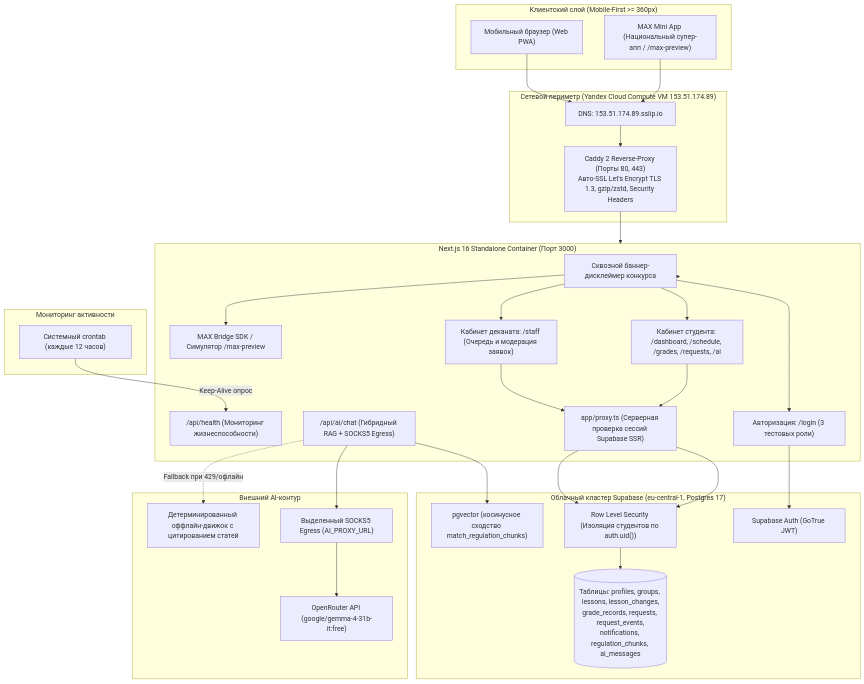
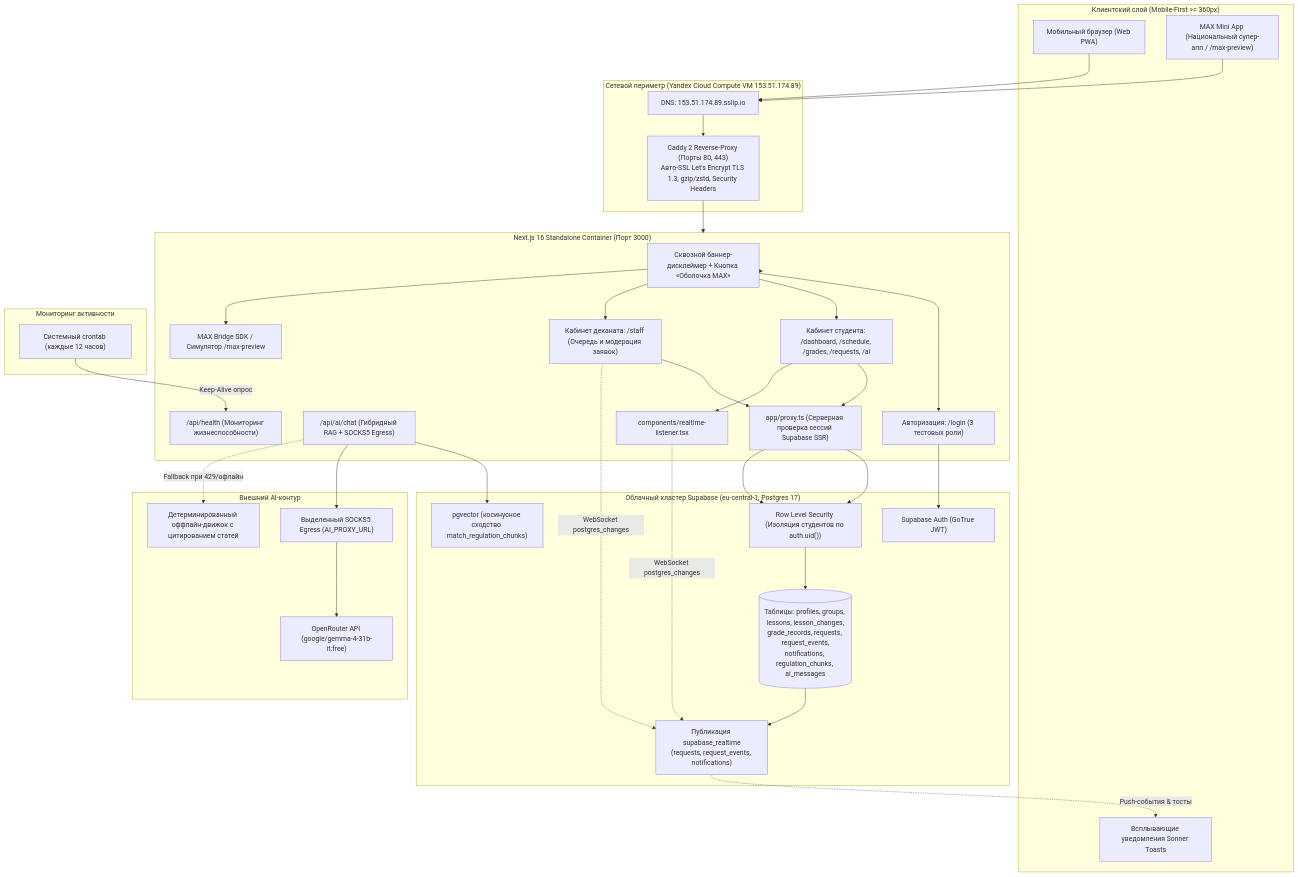
Before and after one commit to Nek1yZakhar/dekanat: the diagram in docs/ARCHITECTURE.md, drawn with Mermaid. The commit also changed other lines of this file and 25 other files, not shown here.

Commit message:
feat(realtime,max): внедрение Supabase Realtime сокетов, тостов Sonner и симулятора MAX Mini App Dual-Mode (TICKET-03, TICKET-04)

````diff
--- a/docs/ARCHITECTURE.md
+++ b/docs/ARCHITECTURE.md
@@ -5,62 +5,71 @@
 ```mermaid
 graph TD
   subgraph Clients["Клиентский слой (Mobile-First >= 360px)"]
     W["Мобильный браузер (Web PWA)"]
     MAX["MAX Mini App (Национальный супер-апп / /max-preview)"]
+    SONNER["Всплывающие уведомления Sonner Toasts"]
   end
 
   subgraph Ingress["Сетевой периметр (Yandex Cloud Compute VM 153.51.174.89)"]
     DNS["DNS: 153.51.174.89.sslip.io"]
     CADDY["Caddy 2 Reverse-Proxy (Порты 80, 443)<br/>Авто-SSL Let's Encrypt TLS 1.3, gzip/zstd, Security Headers"]
   end
 
   subgraph NextApp["Next.js 16 Standalone Container (Порт 3000)"]
-    DISC["Сквозной баннер-дисклеймер конкурса"]
+    DISC["Сквозной баннер-дисклеймер + Кнопка «Оболочка MAX»"]
     AUTH["Авторизация: /login (3 тестовых роли)"]
     STUDENT["Кабинет студента: /dashboard, /schedule, /grades, /requests, /ai"]
     STAFF["Кабинет деканата: /staff (Очередь и модерация заявок)"]
     MAX_BRIDGE["MAX Bridge SDK / Симулятор /max-preview"]
     API_AI["/api/ai/chat (Гибридный RAG + SOCKS5 Egress)"]
     API_HEALTH["/api/health (Мониторинг жизнеспособности)"]
     PROXY["app/proxy.ts (Серверная проверка сессий Supabase SSR)"]
+    RT_LISTENER["components/realtime-listener.tsx"]
   end
 
   subgraph SupabaseCloud["Облачный кластер Supabase (eu-central-1, Postgres 17)"]
     AUTHN["Supabase Auth (GoTrue JWT)"]
     RLS["Row Level Security (Изоляция студентов по auth.uid())"]
     TABLES[("Таблицы: profiles, groups, lessons, lesson_changes,<br/>grade_records, requests, request_events,<br/>notifications, regulation_chunks, ai_messages")]
     PGV["pgvector (косинусное сходство match_regulation_chunks)"]
+    PUB["Публикация supabase_realtime<br/>(requests, request_events, notifications)"]
   end
 
   subgraph ExternalAI["Внешний AI-контур"]
     PROXY_SOCKS["Выделенный SOCKS5 Egress (AI_PROXY_URL)"]
     OPENROUTER["OpenRouter API (google/gemma-4-31b-it:free)"]
     OFFLINE_FALLBACK["Детерминированный оффлайн-движок с цитированием статей"]
   end
 
   subgraph KeepAlive["Мониторинг активности"]
     CRON["Системный crontab (каждые 12 часов)"]
   end
 
   W --> DNS
   MAX --> DNS
   DNS --> CADDY
   CADDY --> NextApp
 
   NextApp --> DISC
   DISC --> AUTH
   DISC --> STUDENT
   DISC --> STAFF
   DISC --> MAX_BRIDGE
 
   STUDENT --> PROXY --> RLS
   STAFF --> PROXY --> RLS
   AUTH --> AUTHN
 
+  STUDENT --> RT_LISTENER
+  RT_LISTENER -.->|"WebSocket postgres_changes"| PUB
+  STAFF -.->|"WebSocket postgres_changes"| PUB
+  PUB -.->|"Push-события & тосты"| SONNER
+
   API_AI --> PGV
   API_AI --> PROXY_SOCKS --> OPENROUTER
   API_AI -.->|"Fallback при 429/офлайн"| OFFLINE_FALLBACK
 
   RLS --> TABLES
+  TABLES --> PUB
   CRON -->|"Keep-Alive опрос"| API_HEALTH
 ```
````
